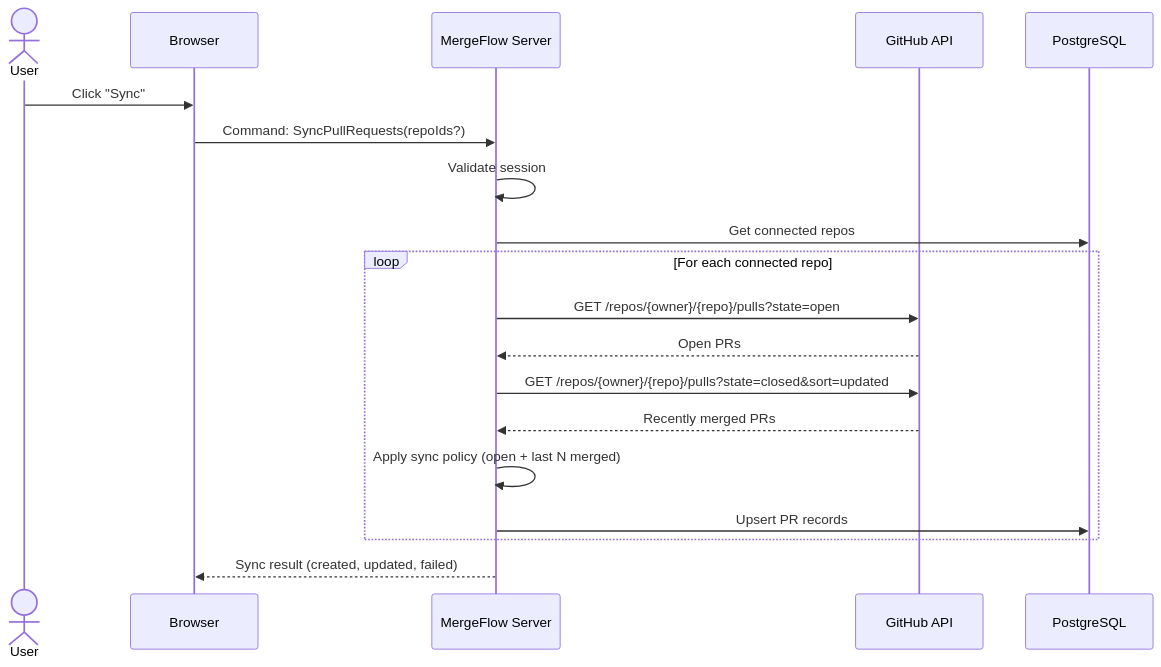
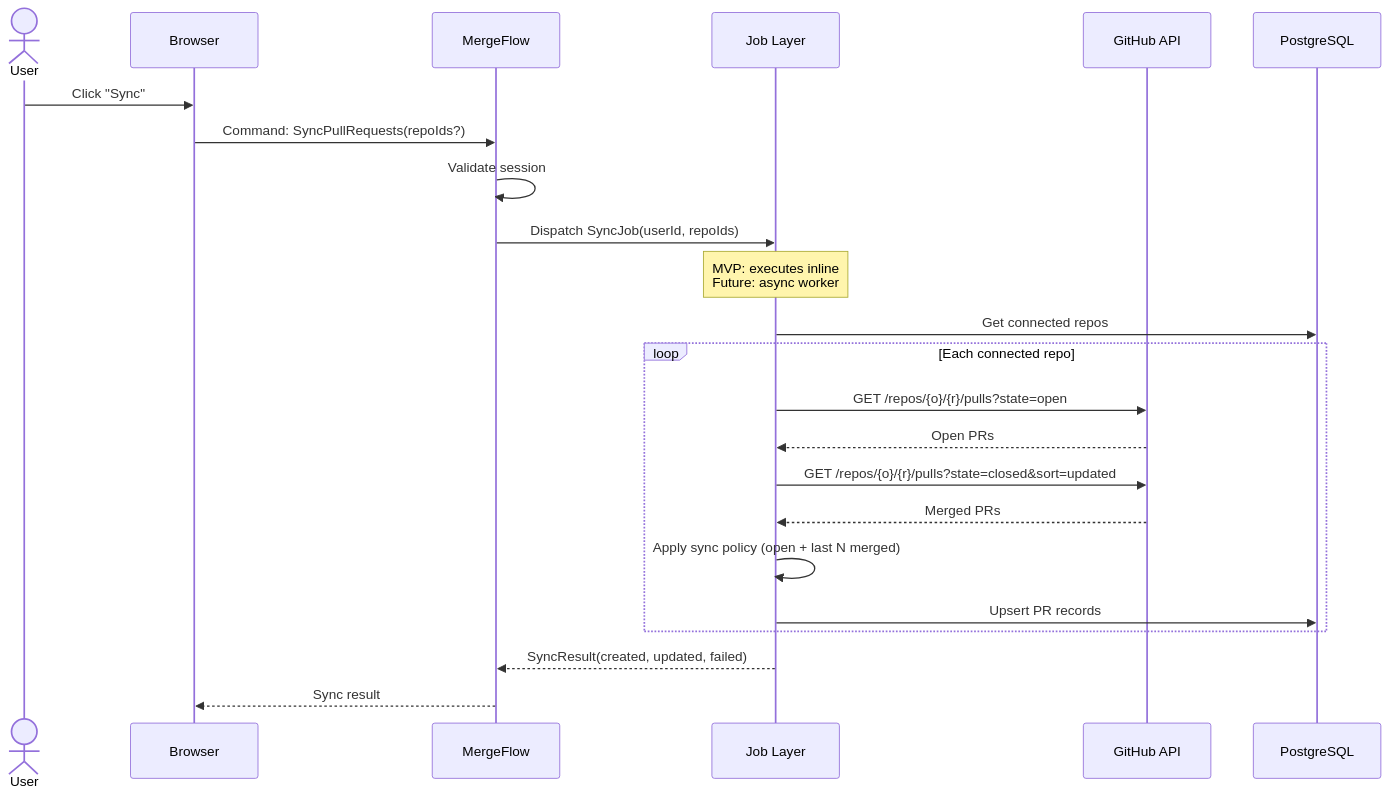
The sixth of 10 diagrams in docs/03-system-architecture.md (sankar-chaitanya2025/MergeFlow), drawn with Mermaid before and after one commit. The commit also changed other lines of this file, not shown here.

Commit message:
docs: revise architecture ADRs and add canonical C4 diagrams

````diff
--- a/docs/03-system-architecture.md
+++ b/docs/03-system-architecture.md
@@ -278,24 +307,28 @@
 ```mermaid
 sequenceDiagram
     actor User
     participant Browser
-    participant Server as MergeFlow Server
+    participant Server as MergeFlow
+    participant JobLayer as Job Layer
     participant GitHub as GitHub API
     participant DB as PostgreSQL
 
     User->>Browser: Click "Sync"
     Browser->>Server: Command: SyncPullRequests(repoIds?)
     Server->>Server: Validate session
-    Server->>DB: Get connected repos
+    Server->>JobLayer: Dispatch SyncJob(userId, repoIds)
     
-    loop For each connected repo
-        Server->>GitHub: GET /repos/{owner}/{repo}/pulls?state=open
-        GitHub-->>Server: Open PRs
-        Server->>GitHub: GET /repos/{owner}/{repo}/pulls?state=closed&sort=updated
-        GitHub-->>Server: Recently merged PRs
-        Server->>Server: Apply sync policy (open + last N merged)
-        Server->>DB: Upsert PR records
+    Note over JobLayer: MVP: executes inline<br/>Future: async worker
+
+    JobLayer->>DB: Get connected repos
+    loop Each connected repo
+        JobLayer->>GitHub: GET /repos/{o}/{r}/pulls?state=open
+        GitHub-->>JobLayer: Open PRs
+        JobLayer->>GitHub: GET /repos/{o}/{r}/pulls?state=closed&sort=updated
+        GitHub-->>JobLayer: Merged PRs
+        JobLayer->>JobLayer: Apply sync policy (open + last N merged)
+        JobLayer->>DB: Upsert PR records
     end
-    
-    Server-->>Browser: Sync result (created, updated, failed)
+    JobLayer-->>Server: SyncResult(created, updated, failed)
+    Server-->>Browser: Sync result
 ```
````
